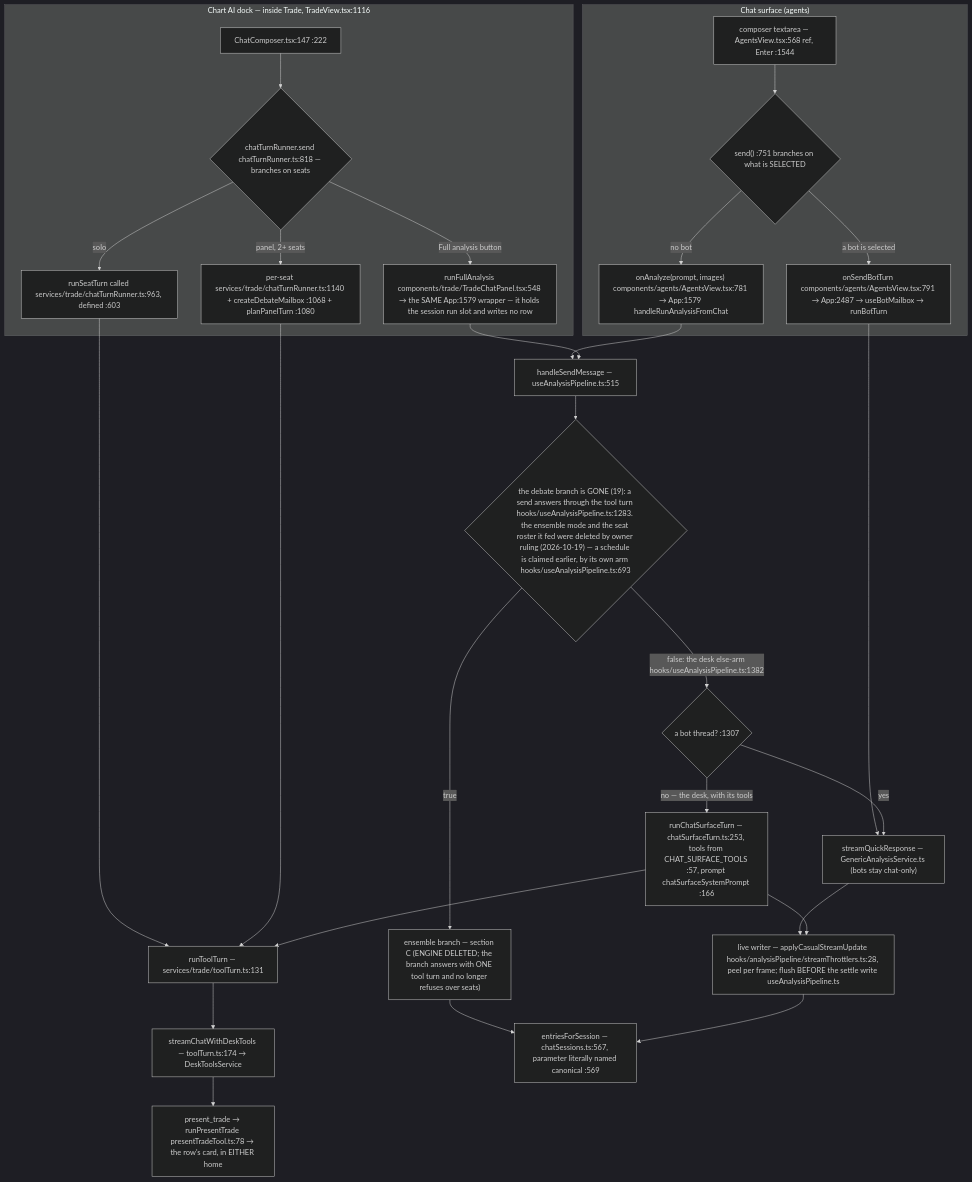
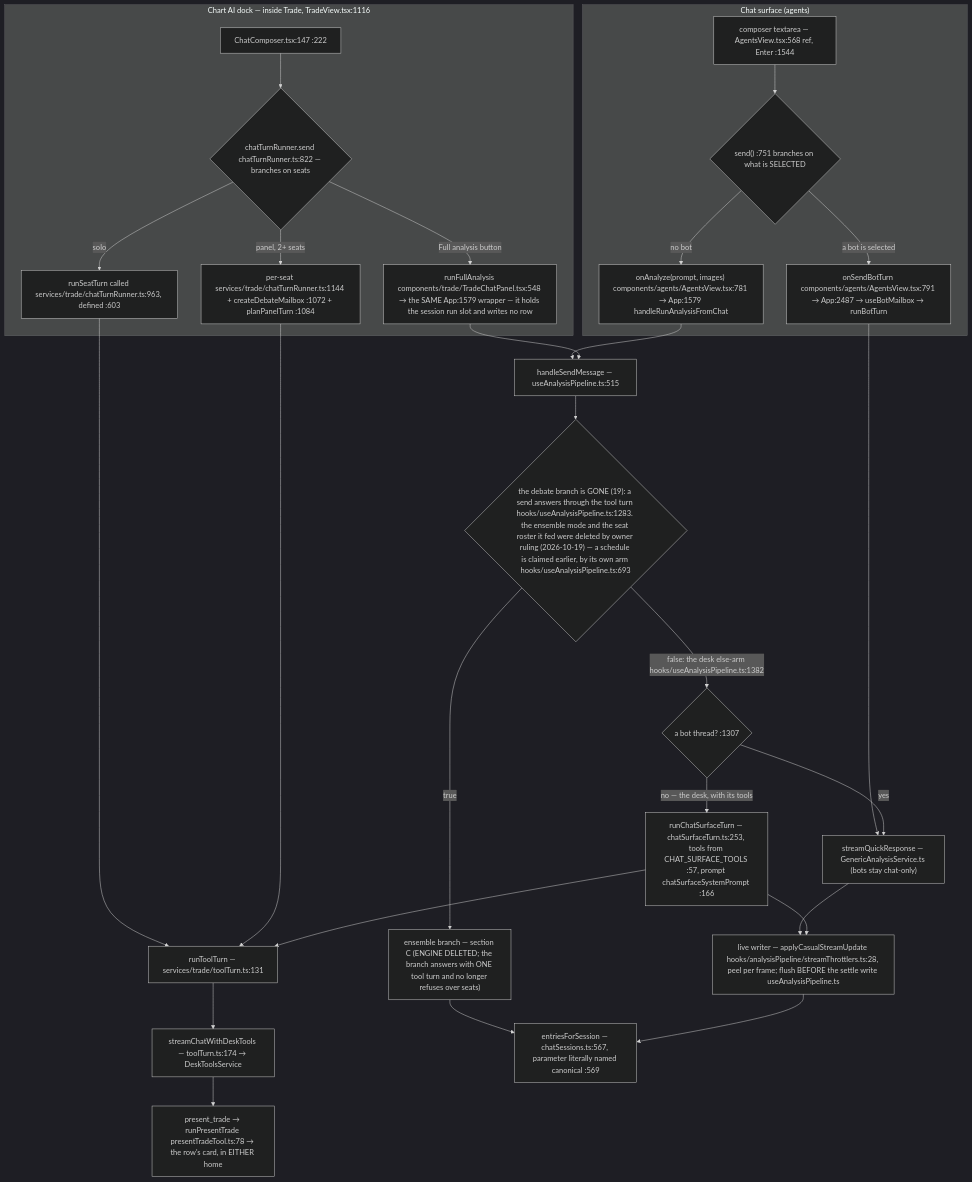
The second of 8 diagrams in docs/app-flow.md (Acepay25/august-3.5), drawn with Mermaid (dark theme) before and after one commit. The commit also changed other lines of this file and 33 other files, not shown here.

````diff
--- a/docs/app-flow.md
+++ b/docs/app-flow.md
@@ -72,31 +72,31 @@
 ```mermaid
 flowchart TD
     subgraph CHAT["Chat surface (agents)"]
         CB["composer textarea — AgentsView.tsx:568 ref, Enter :1544"] --> D1{"send() :751 branches on what is SELECTED"}
         D1 -->|a bot is selected| BOT["onSendBotTurn components/agents/AgentsView.tsx:791 → App:2487 → useBotMailbox → runBotTurn"]
         D1 -->|no bot| AN["onAnalyze(prompt, images) components/agents/AgentsView.tsx:781 → App:1579 handleRunAnalysisFromChat"]
     end
     subgraph DOCK["Chart AI dock — inside Trade, TradeView.tsx:1116"]
-        DC["ChatComposer.tsx:147 :222"] --> D2{"chatTurnRunner.send chatTurnRunner.ts:818 — branches on seats"}
+        DC["ChatComposer.tsx:147 :222"] --> D2{"chatTurnRunner.send chatTurnRunner.ts:822 — branches on seats"}
         D2 -->|solo| SO["runSeatTurn called services/trade/chatTurnRunner.ts:963, defined :603"]
-        D2 -->|panel, 2+ seats| PN["per-seat services/trade/chatTurnRunner.ts:1140 + createDebateMailbox :1068 + planPanelTurn :1080"]
+        D2 -->|panel, 2+ seats| PN["per-seat services/trade/chatTurnRunner.ts:1144 + createDebateMailbox :1072 + planPanelTurn :1084"]
         D2 -->|Full analysis button| FA["runFullAnalysis components/trade/TradeChatPanel.tsx:548 → the SAME App:1579 wrapper — it holds the session run slot and writes no row"]
     end
     SO --> TT["runToolTurn — services/trade/toolTurn.ts:131"]
     PN --> TT
     TT --> SCDT["streamChatWithDeskTools — toolTurn.ts:174 → DeskToolsService"]
     BOT --> TR["streamQuickResponse — GenericAnalysisService.ts (bots stay chat-only)"]
     AN --> HSM["handleSendMessage — useAnalysisPipeline.ts:515"]
     FA --> HSM
     HSM --> D3{"the debate branch is GONE (19): a send answers through the tool turn hooks/useAnalysisPipeline.ts:1283. the ensemble mode and the seat roster it fed were deleted by owner ruling (2026-10-19) — a schedule is claimed earlier, by its own arm hooks/useAnalysisPipeline.ts:693"}
     D3 -->|true| ENS["ensemble branch — section C (ENGINE DELETED; the branch answers with ONE tool turn and no longer refuses over seats)"]
     D3 -->|false: the desk else-arm hooks/useAnalysisPipeline.ts:1382| SPLIT{"a bot thread? :1307"}
     SPLIT -->|yes| TR
     SPLIT -->|no — the desk, with its tools| CST["runChatSurfaceTurn — chatSurfaceTurn.ts:253, tools from CHAT_SURFACE_TOOLS :57, prompt chatSurfaceSystemPrompt :166"]
     CST --> TT
     TR --> LW["live writer — applyCasualStreamUpdate hooks/analysisPipeline/streamThrottlers.ts:28, peel per frame; flush BEFORE the settle write useAnalysisPipeline.ts"]
     CST --> LW
     ENS --> MERGE
     LW --> MERGE["entriesForSession — chatSessions.ts:567, parameter literally named canonical :569"]
     SCDT --> PT["present_trade → runPresentTrade presentTradeTool.ts:78 → the row's card, in EITHER home"]
 ```
````
